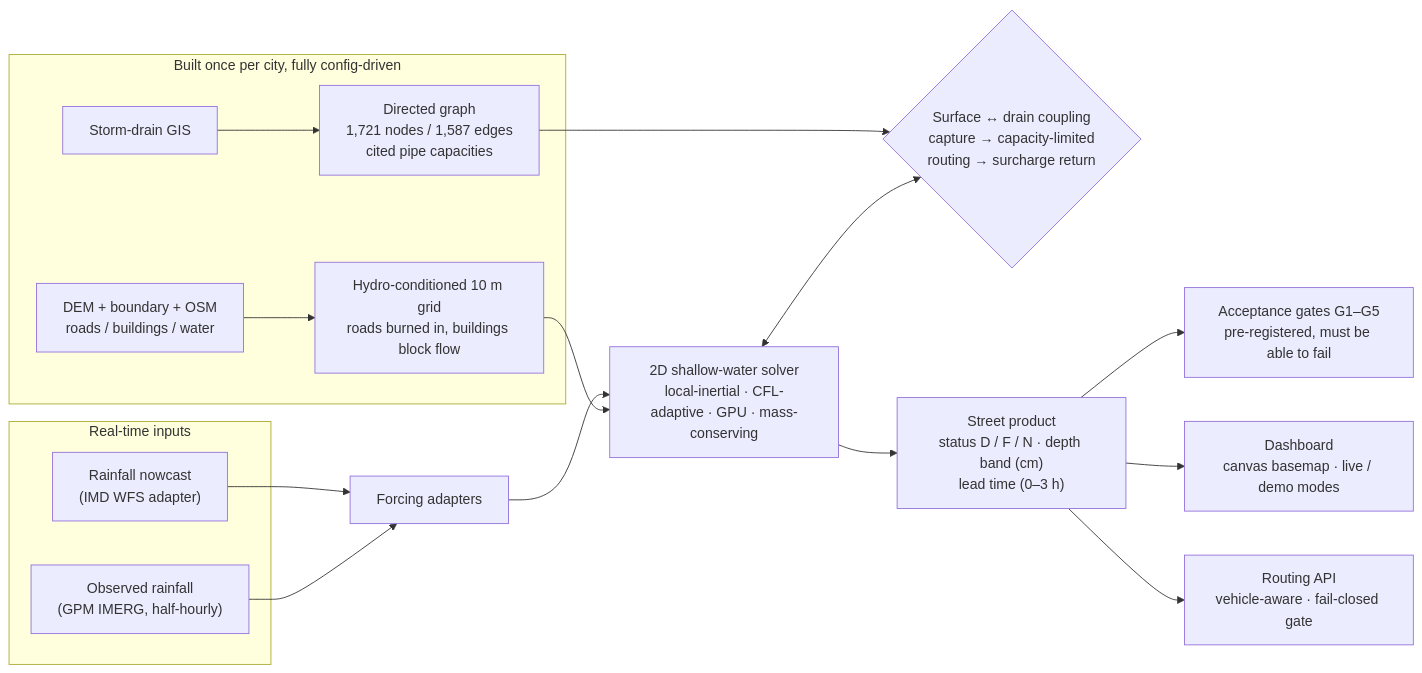
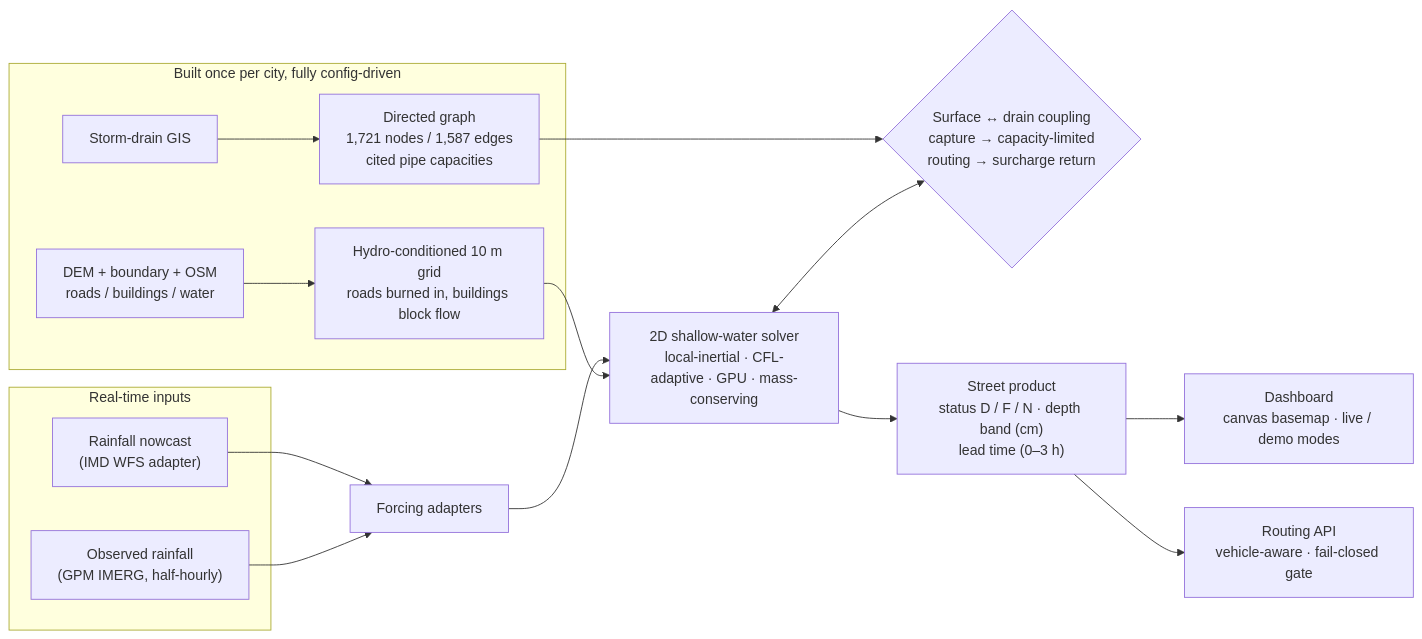
The diagram in README.md (hemlox/jaladhar), drawn with Mermaid before and after one commit. The commit also changed other lines of this file, not shown here.

````diff
--- a/README.md
+++ b/README.md
@@ -28,24 +28,23 @@
 ```mermaid
 flowchart LR
     subgraph INPUT["Real-time inputs"]
         R1["Rainfall nowcast<br/>(IMD WFS adapter)"]
         R2["Observed rainfall<br/>(GPM IMERG, half-hourly)"]
     end
 
     subgraph CITY["Built once per city, fully config-driven"]
         T1["DEM + boundary + OSM<br/>roads / buildings / water"] --> T2["Hydro-conditioned 10 m grid<br/>roads burned in, buildings block flow"]
         D1["Storm-drain GIS"] --> D2["Directed graph<br/>1,721 nodes / 1,587 edges<br/>cited pipe capacities"]
     end
 
     R1 --> F["Forcing adapters"]
     R2 --> F
     F --> S["2D shallow-water solver<br/>local-inertial · CFL-adaptive · GPU · mass-conserving"]
     T2 --> S
     C{"Surface ↔ drain coupling<br/>capture → capacity-limited<br/>routing → surcharge return"}
     D2 --> C
     S <--> C
     S --> P["Street product<br/>status D / F / N · depth band (cm)<br/>lead time (0–3 h)"]
-    P --> G["Acceptance gates G1–G5<br/>pre-registered, must be able to fail"]
     P --> U1["Dashboard<br/>canvas basemap · live / demo modes"]
     P --> U2["Routing API<br/>vehicle-aware · fail-closed gate"]
 ```
````
